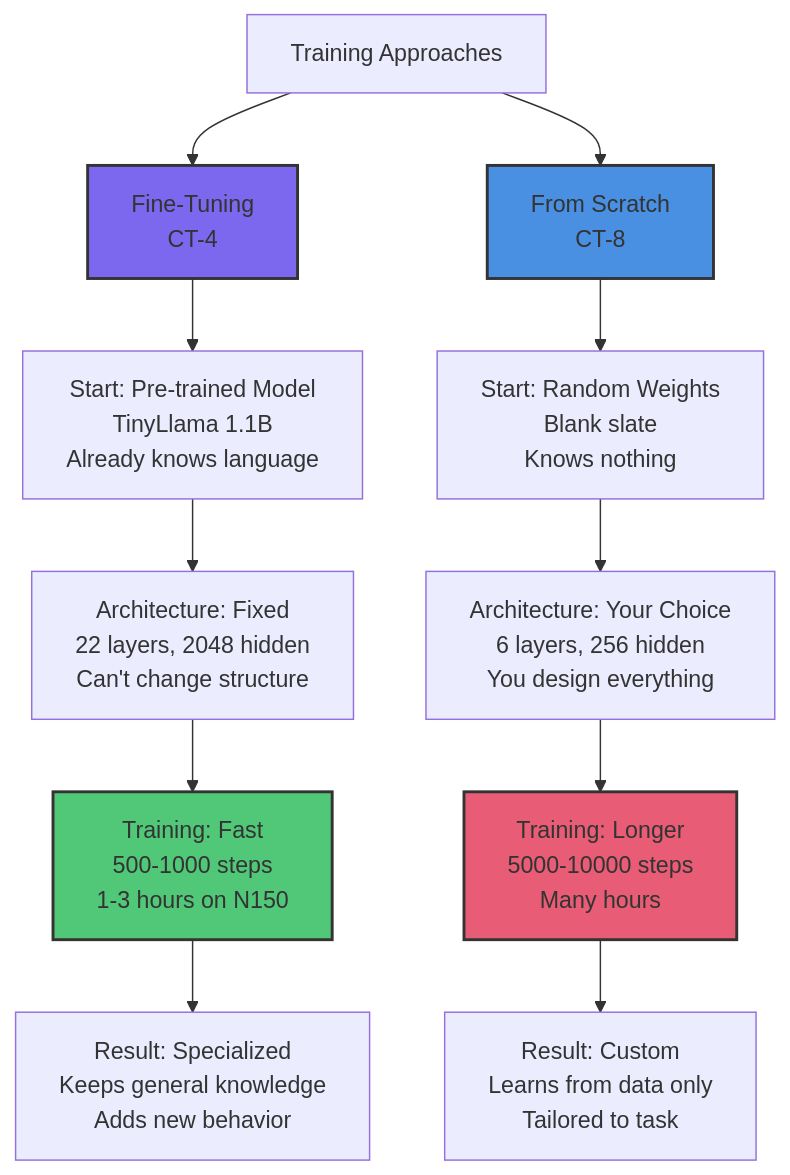
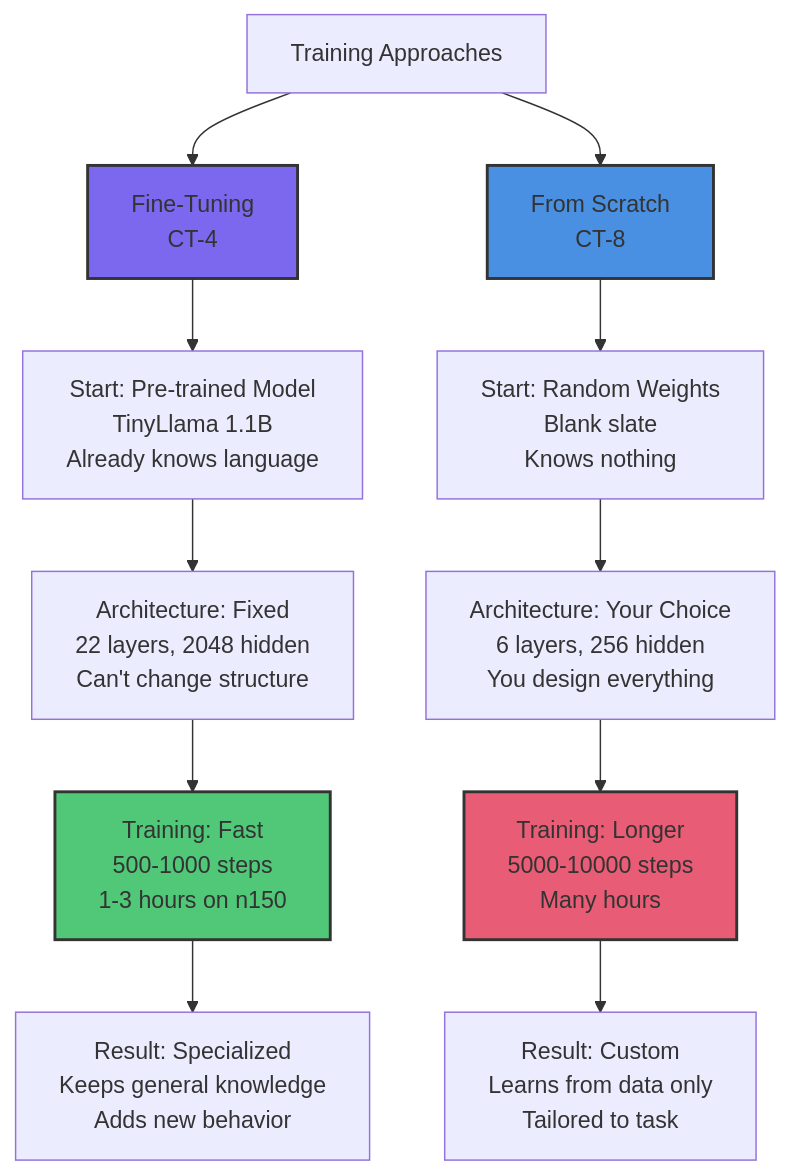
Before and after one commit to tenstorrent/tt-vscode-toolkit: diagram 12 of 13 in content/lessons/ct7-architecture-basics.md, drawn with Mermaid. The commit also changed other lines of this file and 139 other files, not shown here.

````diff
--- a/content/lessons/ct7-architecture-basics.md
+++ b/content/lessons/ct7-architecture-basics.md
@@ -704,20 +704,20 @@
 ```mermaid
 graph TD
     A[Training Approaches] --> B[Fine-Tuning<br/>CT-4]
     A --> C[From Scratch<br/>CT-8]
 
     B --> B1[Start: Pre-trained Model<br/>TinyLlama 1.1B<br/>Already knows language]
     B1 --> B2[Architecture: Fixed<br/>22 layers, 2048 hidden<br/>Can't change structure]
-    B2 --> B3[Training: Fast<br/>500-1000 steps<br/>1-3 hours on N150]
+    B2 --> B3[Training: Fast<br/>500-1000 steps<br/>1-3 hours on n150]
     B3 --> B4[Result: Specialized<br/>Keeps general knowledge<br/>Adds new behavior]
 
     C --> C1[Start: Random Weights<br/>Blank slate<br/>Knows nothing]
     C1 --> C2[Architecture: Your Choice<br/>6 layers, 256 hidden<br/>You design everything]
     C2 --> C3[Training: Longer<br/>5000-10000 steps<br/>Many hours]
     C3 --> C4[Result: Custom<br/>Learns from data only<br/>Tailored to task]
 
     style B fill:#7B68EE,stroke:#333,stroke-width:2px
     style C fill:#4A90E2,stroke:#333,stroke-width:2px
     style B3 fill:#50C878,stroke:#333,stroke-width:2px
     style C3 fill:#E85D75,stroke:#333,stroke-width:2px
 ```
````
